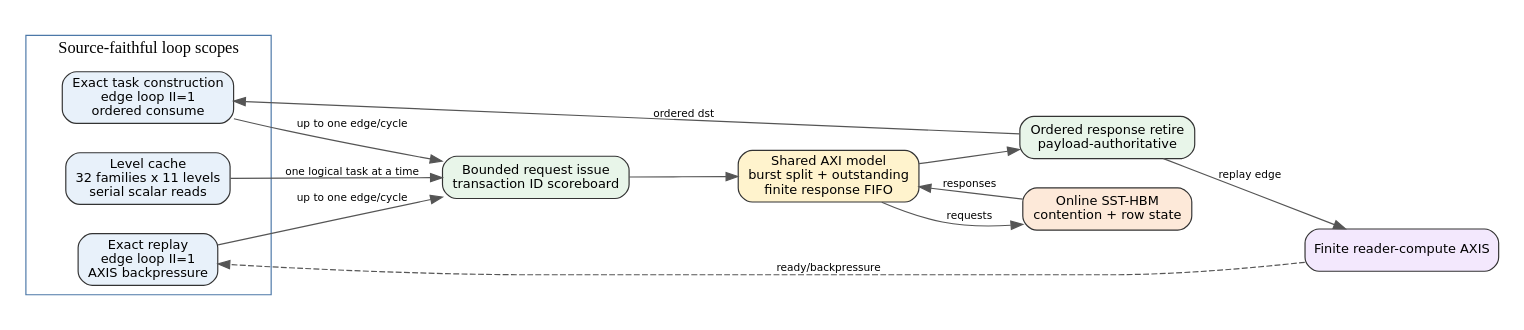
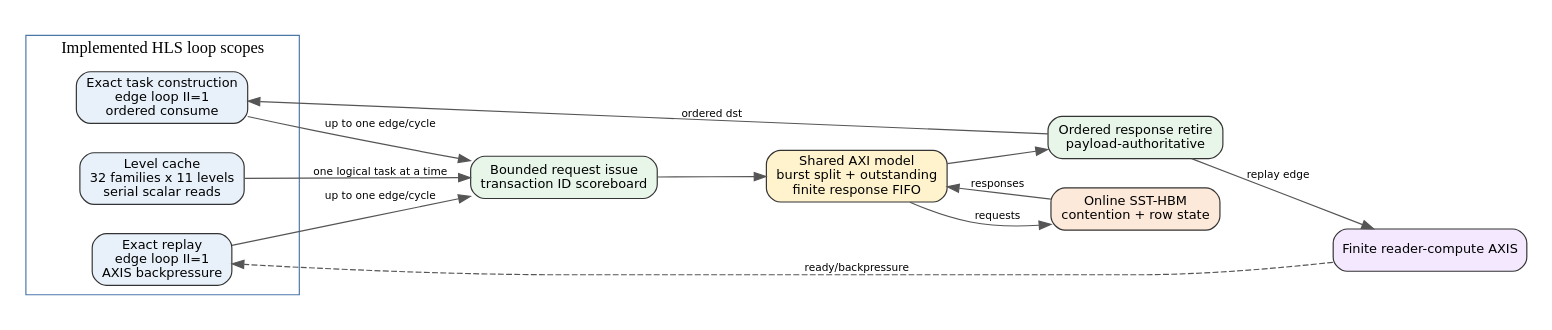
One commit to CxhAkatsukI/spine-cycle-sim changed the diagram in docs/figures/spine_axi_request_window.dot. Above: the diagram before and after it, drawn with Graphviz. The commit also changed 14 other files, not shown here.

```diff
--- a/docs/figures/spine_axi_request_window.dot
+++ b/docs/figures/spine_axi_request_window.dot
@@ -1,31 +1,31 @@
 digraph spine_axi_request_window {
   graph [rankdir=LR, bgcolor="white", pad="0.2", nodesep="0.35", ranksep="0.55"];
   node [shape=box, style="rounded,filled", fontname="DejaVu Sans", fontsize=11,
         color="#333333", fillcolor="#f7f7f7"];
   edge [fontname="DejaVu Sans", fontsize=9, color="#555555"];
 
   subgraph cluster_source {
-    label="Source-faithful loop scopes";
+    label="Implemented HLS loop scopes";
     color="#4c78a8";
     level [label="Level cache\n32 families x 11 levels\nserial scalar reads", fillcolor="#e8f1fa"];
     build [label="Exact task construction\nedge loop II=1\nordered consume", fillcolor="#e8f1fa"];
     replay [label="Exact replay\nedge loop II=1\nAXIS backpressure", fillcolor="#e8f1fa"];
   }
 
   issue [label="Bounded request issue\ntransaction ID scoreboard", fillcolor="#e8f5e9"];
   axi [label="Shared AXI model\nburst split + outstanding\nfinite response FIFO", fillcolor="#fff3cd"];
   hbm [label="Online SST-HBM\ncontention + row state", fillcolor="#fde9d9"];
   retire [label="Ordered response retire\npayload-authoritative", fillcolor="#e8f5e9"];
   axis [label="Finite reader-compute AXIS", fillcolor="#f3e8fd"];
 
   level -> issue [label="one logical task at a time"];
   build -> issue [label="up to one edge/cycle"];
   replay -> issue [label="up to one edge/cycle"];
   issue -> axi;
   axi -> hbm [label="requests"];
   hbm -> axi [label="responses"];
   axi -> retire;
   retire -> build [label="ordered dst"];
   retire -> axis [label="replay edge"];
   axis -> replay [label="ready/backpressure", style=dashed];
 }
```
